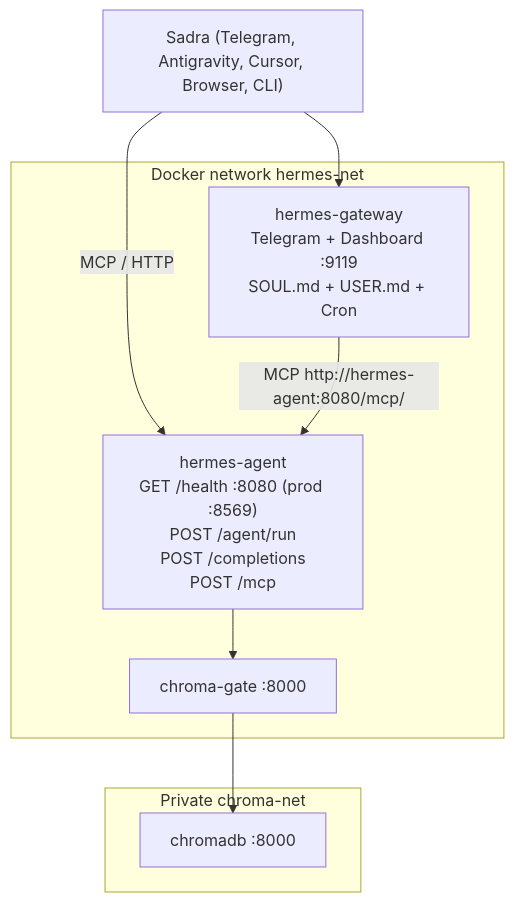
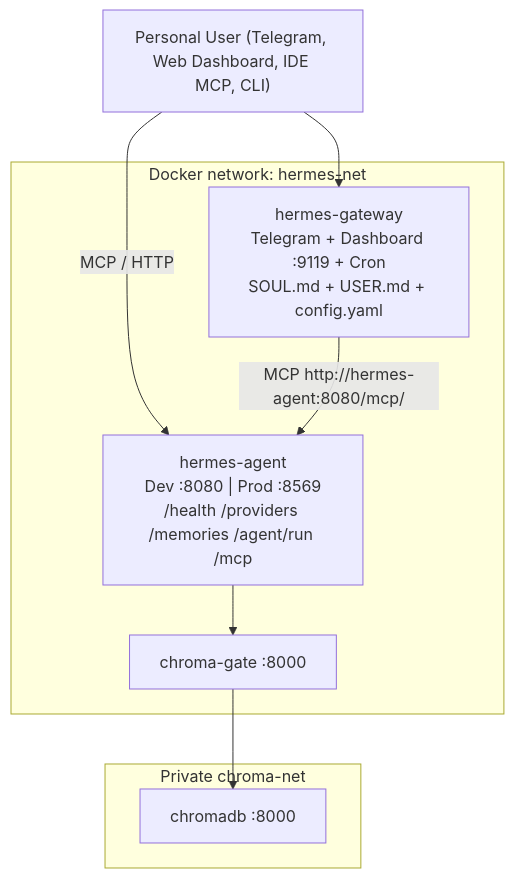
The diagram in README.md (Sadramst/hermes-agent), drawn with Mermaid before and after one commit. The commit also changed other lines of this file and 32 other files, not shown here.

````diff
--- a/README.md
+++ b/README.md
@@ -11,16 +11,16 @@
 ```mermaid
 flowchart TB
-  sadra["Sadra (Telegram, Antigravity, Cursor, Browser, CLI)"]
-  subgraph net ["Docker network hermes-net"]
-    gateway["hermes-gateway\nTelegram + Dashboard :9119\nSOUL.md + USER.md + Cron"]
-    agent["hermes-agent\nGET /health :8080 (prod :8569)\nPOST /agent/run\nPOST /completions\nPOST /mcp"]
+  user["Personal User (Telegram, Web Dashboard, IDE MCP, CLI)"]
+  subgraph net ["Docker network: hermes-net"]
+    gateway["hermes-gateway\nTelegram + Dashboard :9119 + Cron\nSOUL.md + USER.md + config.yaml"]
+    agent["hermes-agent\nDev :8080 | Prod :8569\n/health /providers /memories /agent/run /mcp"]
     gate["chroma-gate :8000"]
   end
   subgraph chromaNet ["Private chroma-net"]
     chroma["chromadb :8000"]
   end
-  sadra --> gateway
-  sadra -->|"MCP / HTTP"| agent
+  user --> gateway
+  user -->|"MCP / HTTP"| agent
   gateway -->|"MCP http://hermes-agent:8080/mcp/"| agent
   agent --> gate --> chroma
 ```
````
